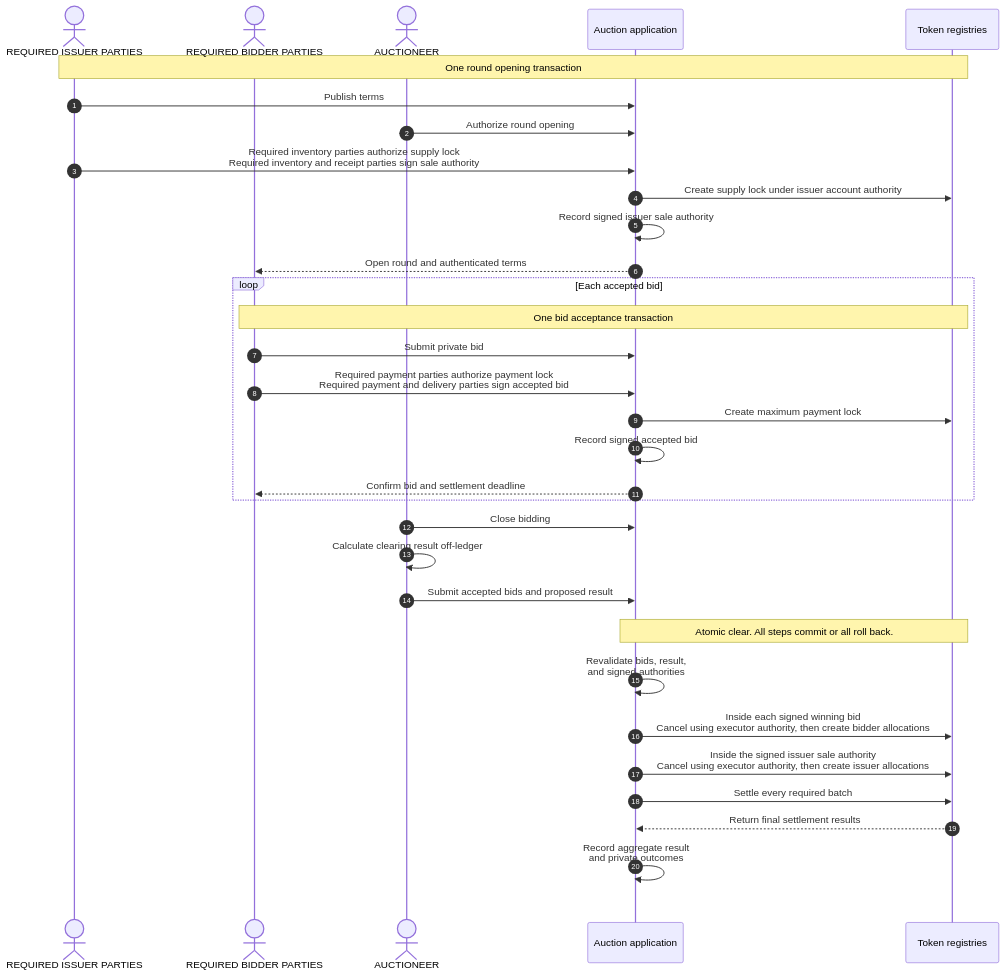
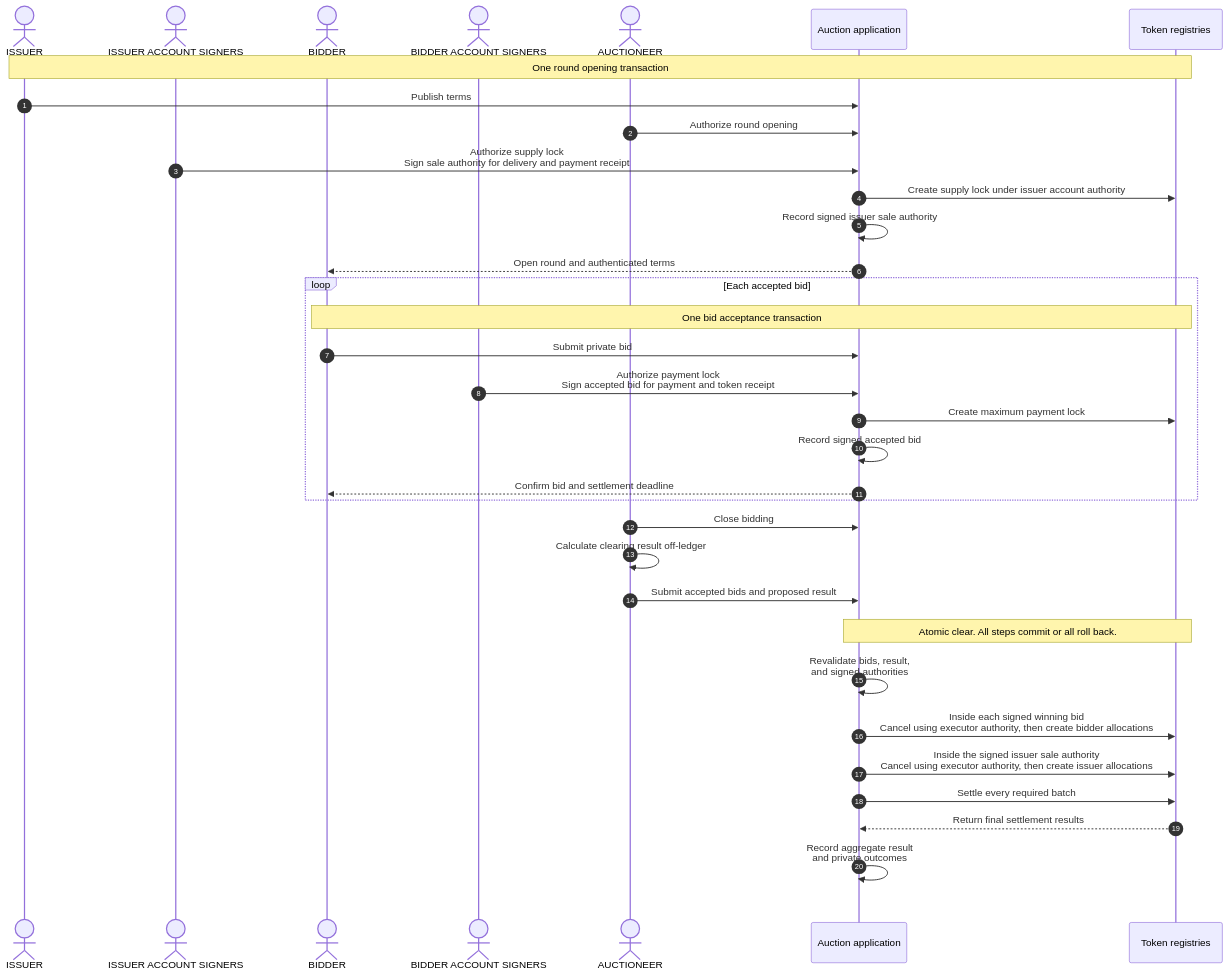
One commit to OpenZeppelin/canton-specs changed the third of 3 diagrams in docs/reference-architectures/confidential-auction.md. Above: the diagram before and after it, drawn with Mermaid. The commit also changed other lines of this file, not shown here.

````diff
--- a/docs/reference-architectures/confidential-auction.md
+++ b/docs/reference-architectures/confidential-auction.md
@@ -338,37 +333,39 @@
 ```mermaid
 sequenceDiagram
     autonumber
-    actor Issuer as REQUIRED ISSUER PARTIES
-    actor Bidder as REQUIRED BIDDER PARTIES
+    actor Issuer as ISSUER
+    actor IssuerAccounts as ISSUER ACCOUNT SIGNERS
+    actor Bidder as BIDDER
+    actor BidderAccounts as BIDDER ACCOUNT SIGNERS
     actor Auctioneer as AUCTIONEER
     participant App as Auction application
     participant Assets as Token registries
 
     Note over Issuer,Assets: One round opening transaction
     Issuer->>App: Publish terms
     Auctioneer->>App: Authorize round opening
-    Issuer->>App: Required inventory parties authorize supply lock<br/>Required inventory and receipt parties sign sale authority
+    IssuerAccounts->>App: Authorize supply lock<br/>Sign sale authority for delivery and payment receipt
     App->>Assets: Create supply lock under issuer account authority
     App->>App: Record signed issuer sale authority
     App-->>Bidder: Open round and authenticated terms
     loop Each accepted bid
         Note over Bidder,Assets: One bid acceptance transaction
         Bidder->>App: Submit private bid
-        Bidder->>App: Required payment parties authorize payment lock<br/>Required payment and delivery parties sign accepted bid
+        BidderAccounts->>App: Authorize payment lock<br/>Sign accepted bid for payment and token receipt
         App->>Assets: Create maximum payment lock
         App->>App: Record signed accepted bid
         App-->>Bidder: Confirm bid and settlement deadline
     end
     Auctioneer->>App: Close bidding
     Auctioneer->>Auctioneer: Calculate clearing result off-ledger
     Auctioneer->>App: Submit accepted bids and proposed result
     rect rgba(255, 255, 255, .1)
         Note over App,Assets: Atomic clear. All steps commit or all roll back.
         App->>App: Revalidate bids, result,<br/>and signed authorities
         App->>Assets: Inside each signed winning bid<br/>Cancel using executor authority, then create bidder allocations
         App->>Assets: Inside the signed issuer sale authority<br/>Cancel using executor authority, then create issuer allocations
         App->>Assets: Settle every required batch
         Assets-->>App: Return final settlement results
         App->>App: Record aggregate result<br/>and private outcomes
     end
 ```
````
